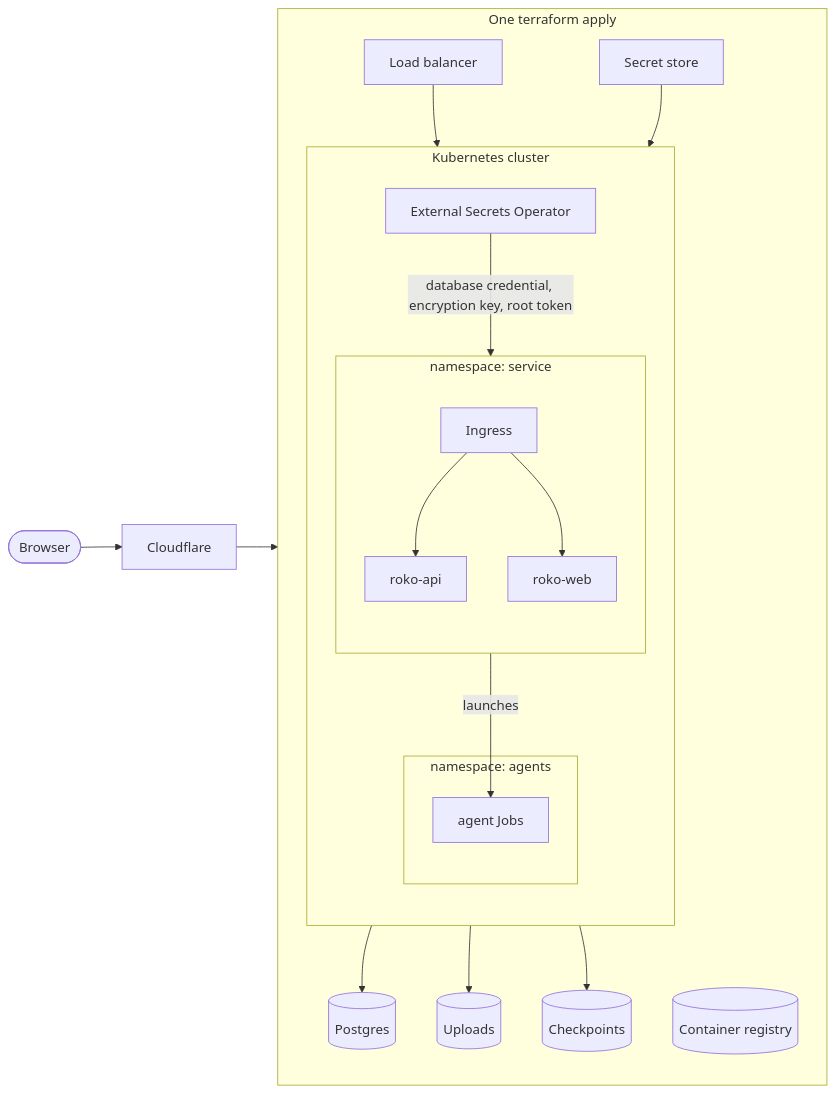
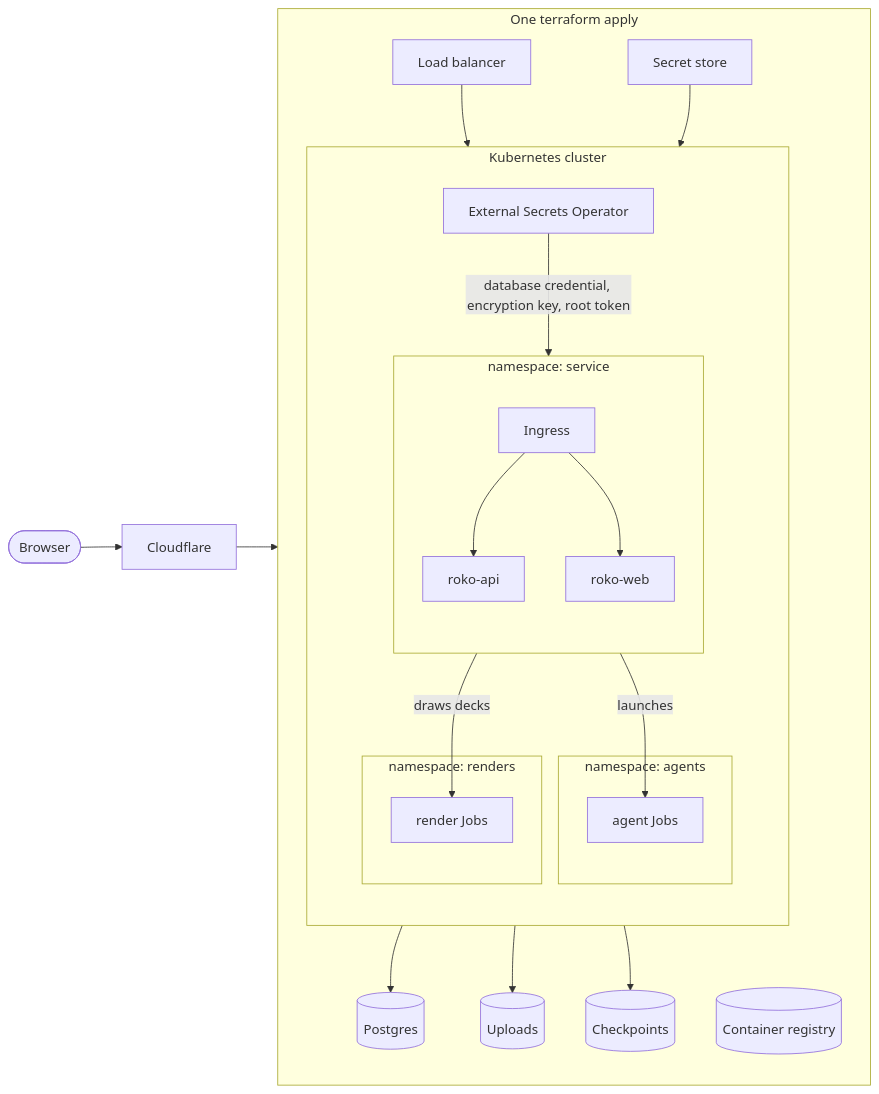
Before and after one commit to ROKOLabs/platform-ops: the first of 3 diagrams in platform/deploy/tf/README.md, drawn with Mermaid. The commit also changed other lines of this file and 14 other files, not shown here.

````diff
--- a/platform/deploy/tf/README.md
+++ b/platform/deploy/tf/README.md
@@ -11,37 +11,41 @@
 ```mermaid
 flowchart LR
   browser([Browser]) --> cf[Cloudflare]
 
   subgraph apply["One terraform apply"]
     direction TB
     lb[Load balancer]
 
     subgraph cluster["Kubernetes cluster"]
       direction TB
       subgraph service["namespace: service"]
         direction TB
         ingress[Ingress] --> api[roko-api]
         ingress --> web[roko-web]
       end
       subgraph agents["namespace: agents"]
         jobs[agent Jobs]
       end
+      subgraph renders["namespace: renders"]
+        render[render Jobs]
+      end
       eso[External Secrets Operator]
     end
 
     pg[(Postgres)]
     uploads[(Uploads)]
     checkpoints[(Checkpoints)]
     secrets[Secret store]
     registry[(Container registry)]
   end
 
   cf --> lb
   lb --> ingress
   api --> pg
   api --> uploads
   api -- launches --> jobs
+  api -- draws decks --> render
   jobs --> checkpoints
   secrets --> eso
   eso -- database credential, encryption key, root token --> api
 ```
````
